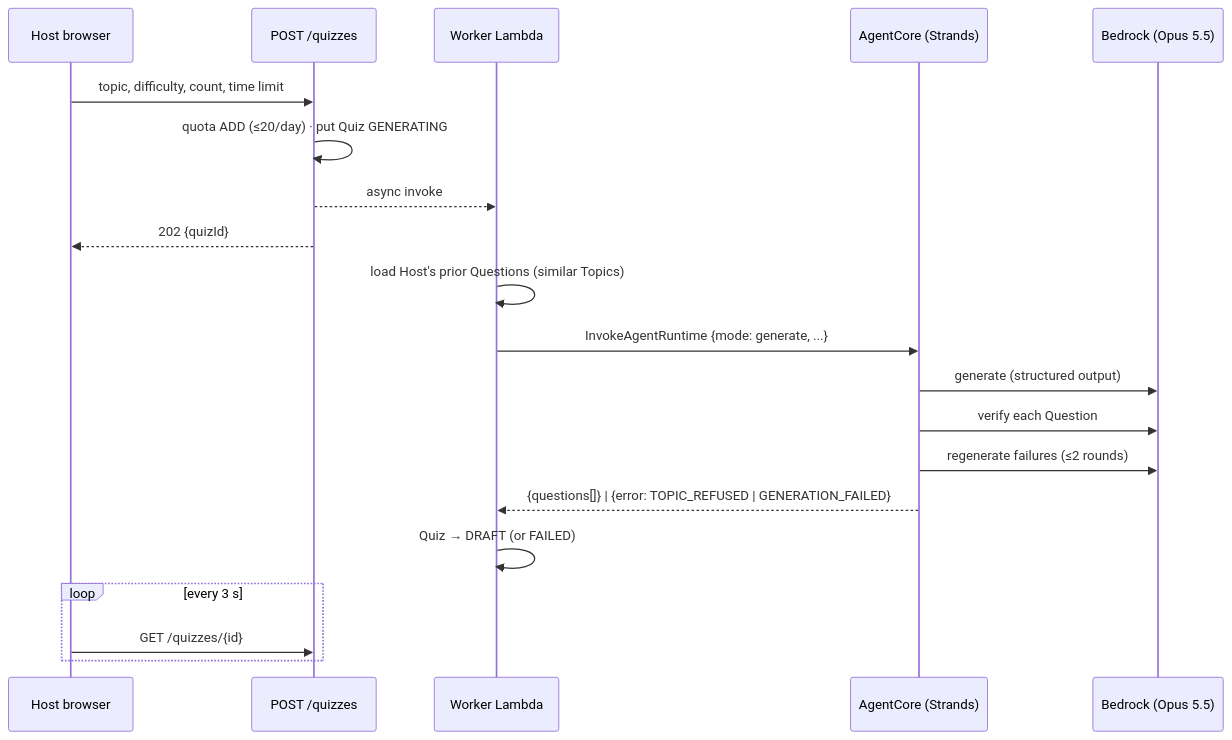
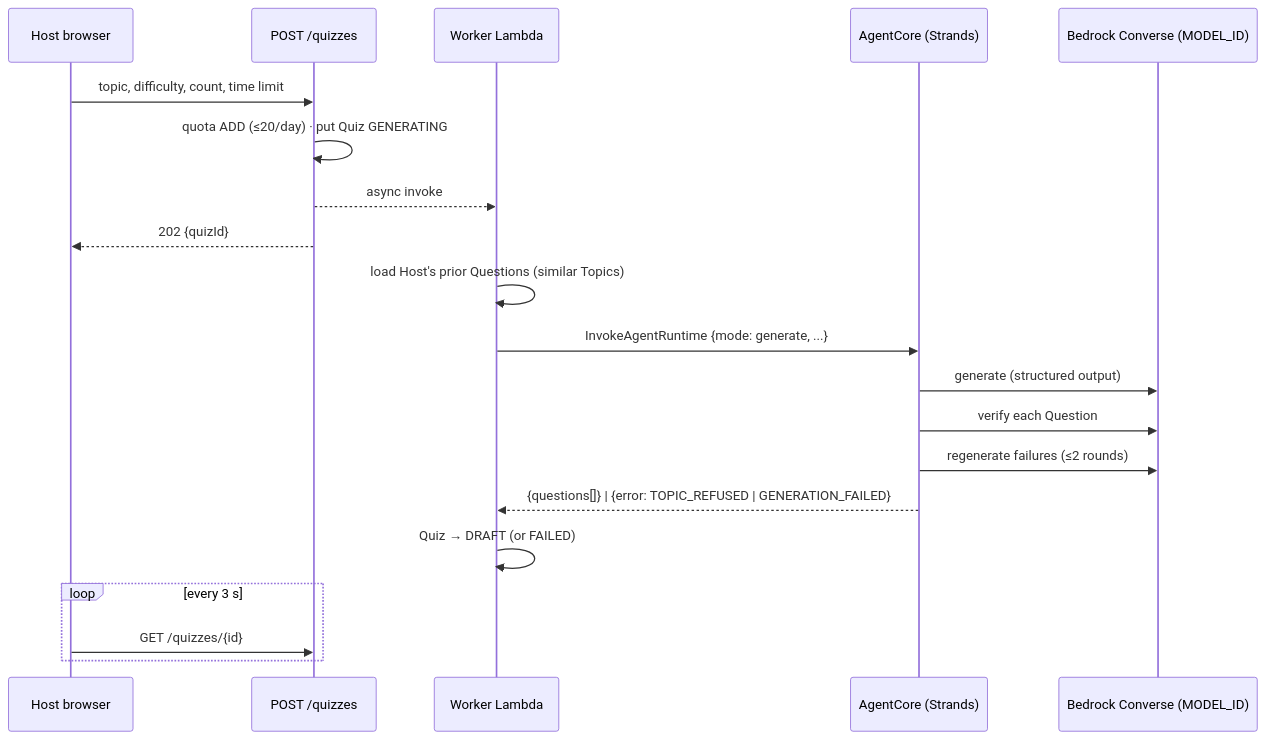
One commit to cirruscape/quizdash-app changed the second of 3 diagrams in docs/PLAN.md. Above: the diagram before and after it, drawn with Mermaid. The commit also changed other lines of this file and 11 other files, not shown here.

First line of the commit message:
Switch the agent to Amazon Nova 2 Lite via Bedrock ConverseStream

````diff
--- a/docs/PLAN.md
+++ b/docs/PLAN.md
@@ -219,22 +219,22 @@
 ```mermaid
 sequenceDiagram
   participant H as Host browser
   participant API as POST /quizzes
   participant W as Worker Lambda
   participant A as AgentCore (Strands)
-  participant B as Bedrock (Opus 5.5)
+  participant B as Bedrock Converse (MODEL_ID)
   H->>API: topic, difficulty, count, time limit
   API->>API: quota ADD (≤20/day) · put Quiz GENERATING
   API-->>W: async invoke
   API-->>H: 202 {quizId}
   W->>W: load Host's prior Questions (similar Topics)
   W->>A: InvokeAgentRuntime {mode: generate, ...}
   A->>B: generate (structured output)
   A->>B: verify each Question
   A->>B: regenerate failures (≤2 rounds)
   A-->>W: {questions[]} | {error: TOPIC_REFUSED | GENERATION_FAILED}
   W->>W: Quiz → DRAFT (or FAILED)
   loop every 3 s
     H->>API: GET /quizzes/{id}
   end
 ```
````
